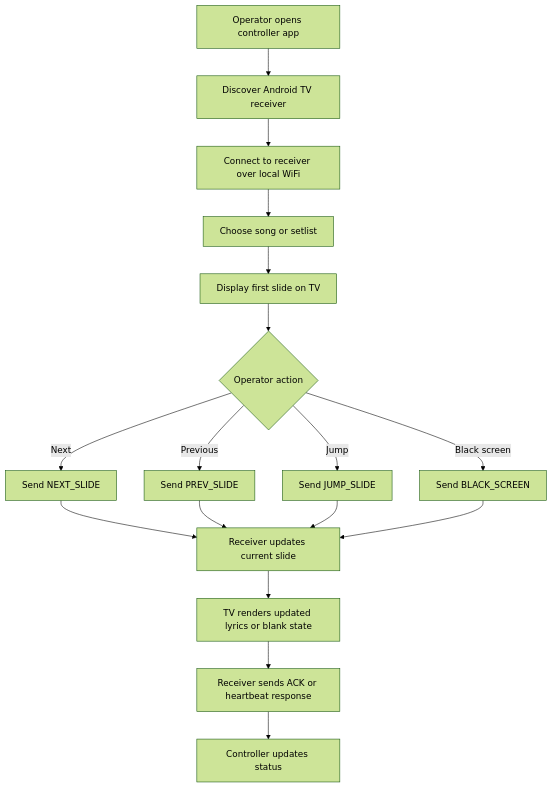
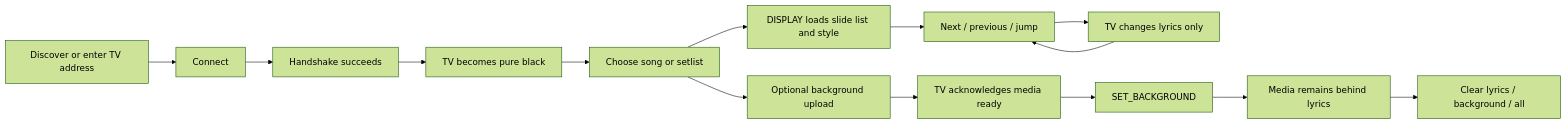
One commit to kratostheslayerofgod-cell/LyricsPresenter changed the third of 3 diagrams in README.md. Above: the diagram before and after it, drawn with Mermaid (forest theme). The commit also changed other lines of this file and 29 other files, not shown here.

````diff
--- a/README.md
+++ b/README.md
@@ -89,19 +82,16 @@
 ```mermaid
-flowchart TD
-    A[Operator opens controller app] --> B[Discover Android TV receiver]
-    B --> C[Connect to receiver over local WiFi]
-    C --> D[Choose song or setlist]
-    D --> E[Display first slide on TV]
-    E --> F{Operator action}
-    F -->|Next| G[Send NEXT_SLIDE]
-    F -->|Previous| H[Send PREV_SLIDE]
-    F -->|Jump| I[Send JUMP_SLIDE]
-    F -->|Black screen| J[Send BLACK_SCREEN]
-    G --> K[Receiver updates current slide]
-    H --> K
-    I --> K
-    J --> K
-    K --> L[TV renders updated lyrics or blank state]
-    L --> M[Receiver sends ACK or heartbeat response]
-    M --> N[Controller updates status]
+flowchart LR
+    A[Discover or enter TV address] --> B[Connect]
+    B --> C[Handshake succeeds]
+    C --> D[TV becomes pure black]
+    D --> E[Choose song or setlist]
+    E --> F[DISPLAY loads slide list and style]
+    F --> G[Next / previous / jump]
+    G --> H[TV changes lyrics only]
+    H --> G
+    E --> I[Optional background upload]
+    I --> J[TV acknowledges media ready]
+    J --> K[SET_BACKGROUND]
+    K --> L[Media remains behind lyrics]
+    L --> M[Clear lyrics / background / all]
 ```
````
